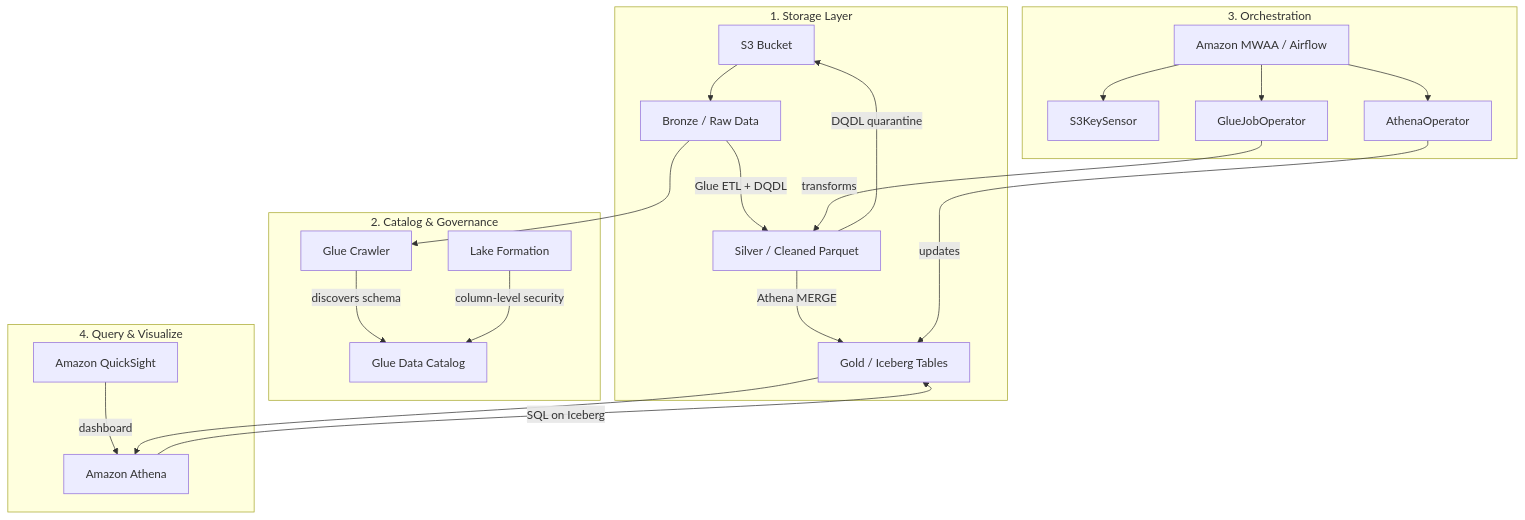
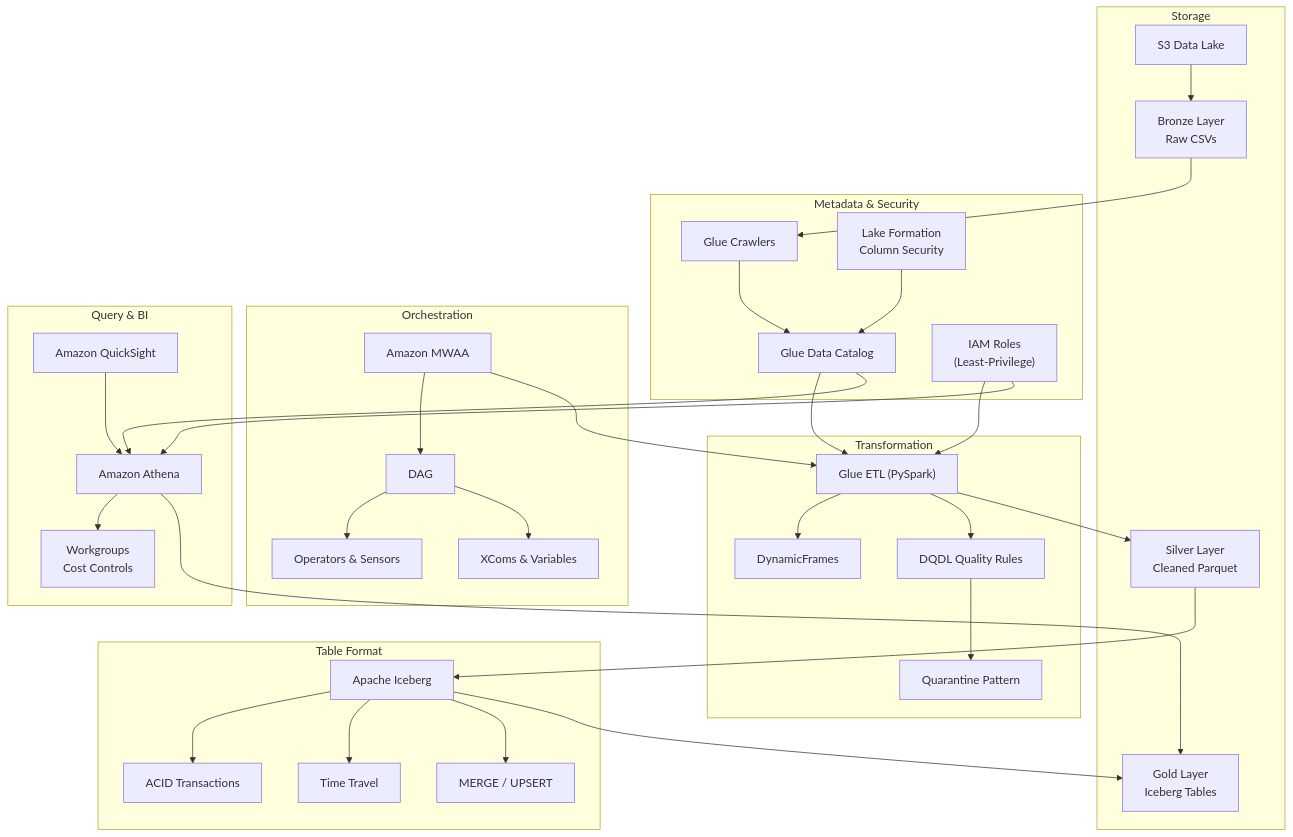
Before and after one commit to villanuevajemima/research-learning-hub: the diagram in outputs/glue-athena-airflow/01-glue-athena-airflow-synthesis.md, drawn with Mermaid. The commit also changed other lines of this file and 3 other files, not shown here.

````diff
--- a/outputs/glue-athena-airflow/01-glue-athena-airflow-synthesis.md
+++ b/outputs/glue-athena-airflow/01-glue-athena-airflow-synthesis.md
@@ -71,43 +94,68 @@
 ```mermaid
 graph TD
-    subgraph "1. Storage Layer"
-        S3["S3 Bucket"]
-        Bronze["Bronze / Raw Data"]
-        Silver["Silver / Cleaned Parquet"]
-        Gold["Gold / Iceberg Tables"]
-        S3 --> Bronze
-        Bronze -->|Glue ETL + DQDL| Silver
-        Silver -->|Athena MERGE| Gold
+    subgraph "Storage"
+        S3["S3 Data Lake"]
+        Bronze["Bronze Layer<br/>Raw CSVs"]
+        Silver["Silver Layer<br/>Cleaned Parquet"]
+        Gold["Gold Layer<br/>Iceberg Tables"]
     end
 
-    subgraph "2. Catalog & Governance"
-        Crawler["Glue Crawler"]
+    subgraph "Metadata & Security"
         Catalog["Glue Data Catalog"]
-        LF["Lake Formation"]
-        Crawler -->|discovers schema| Catalog
-        LF -->|column-level security| Catalog
+        Crawlers["Glue Crawlers"]
+        LF["Lake Formation<br/>Column Security"]
+        IAM["IAM Roles<br/>(Least-Privilege)"]
     end
 
-    subgraph "3. Orchestration"
-        MWAA["Amazon MWAA / Airflow"]
-        S3Key["S3KeySensor"]
-        GlueJob["GlueJobOperator"]
-        AthenaOp["AthenaOperator"]
-        MWAA --> S3Key
-        MWAA --> GlueJob
-        MWAA --> AthenaOp
+    subgraph "Transformation"
+        Glue["Glue ETL (PySpark)"]
+        DF["DynamicFrames"]
+        DQ["DQDL Quality Rules"]
+        Quarantine["Quarantine Pattern"]
     end
 
-    subgraph "4. Query & Visualize"
-        Athena["Amazon Athena"]
-        QS["Amazon QuickSight"]
-        Athena -->|SQL on Iceberg| Gold
-        QS -->|dashboard| Athena
+    subgraph "Table Format"
+        Iceberg["Apache Iceberg"]
+        ACID["ACID Transactions"]
+        TimeTravel["Time Travel"]
+        Merge["MERGE / UPSERT"]
     end
 
-    Bronze --> Crawler
-    Silver -->|DQDL quarantine| S3
-    Gold --> Athena
-    GlueJob -->|transforms| Silver
-    AthenaOp -->|updates| Gold
+    subgraph "Orchestration"
+        MWAA["Amazon MWAA"]
+        DAG["DAG"]
+        Ops["Operators & Sensors"]
+        XCom["XComs & Variables"]
+    end
+
+    subgraph "Query & BI"
+        Athena["Amazon Athena"]
+        Workgroups["Workgroups<br/>Cost Controls"]
+        QS["Amazon QuickSight"]
+    end
+
+    S3 --> Bronze
+    Bronze --> Crawlers
+    Crawlers --> Catalog
+    Catalog --> Glue
+    Glue --> DF
+    Glue --> DQ
+    DQ --> Quarantine
+    Glue --> Silver
+    Silver --> Iceberg
+    Iceberg --> ACID
+    Iceberg --> TimeTravel
+    Iceberg --> Merge
+    Iceberg --> Gold
+    LF --> Catalog
+    IAM --> Glue
+    IAM --> Athena
+    MWAA --> DAG
+    DAG --> Ops
+    DAG --> XCom
+    MWAA --> Glue
+    Athena --> Workgroups
+    Athena --> Gold
+    QS --> Athena
+    Catalog --> Athena
 ```
````
